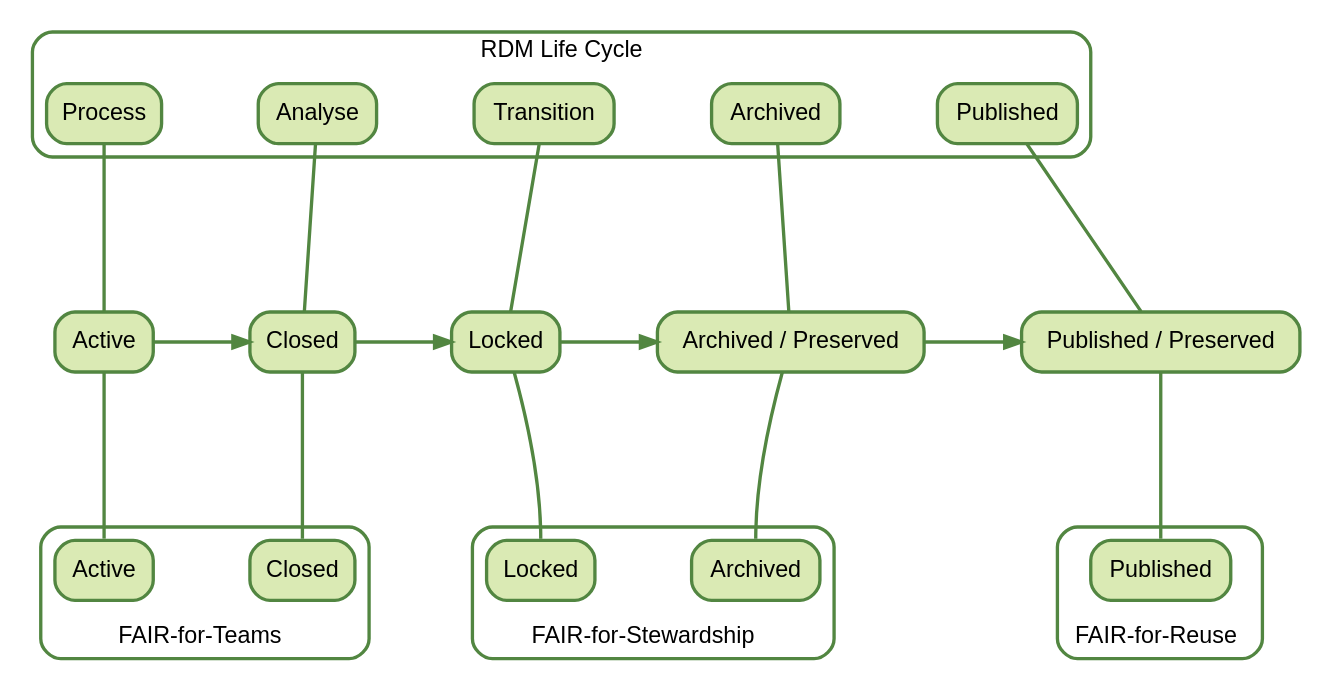
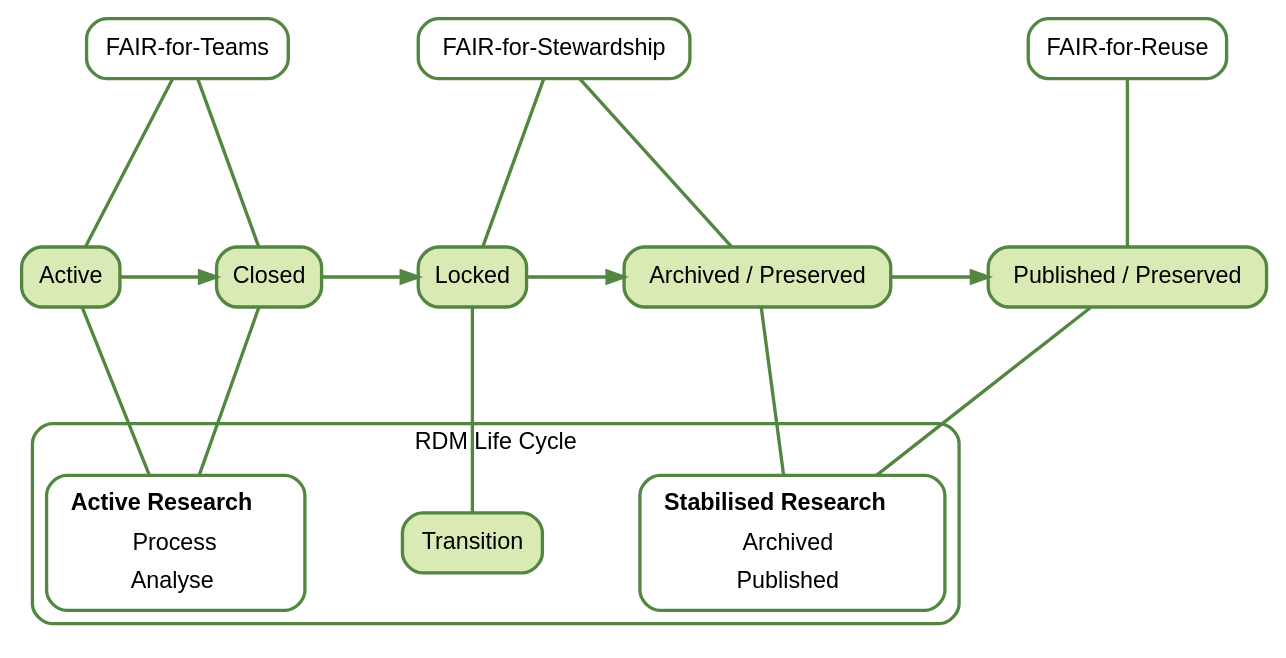
The diagram in book/data-lifecycle.qmd (chStaiger/rdm-tech-foundations), drawn with Graphviz before and after one commit. The commit also changed other lines of this file, not shown here.

Commit message:
improve fig 4.1

````diff
--- a/book/data-lifecycle.qmd
+++ b/book/data-lifecycle.qmd
@@ -96,7 +94,7 @@
         fontsize=14,
         ranksep=1.4,
         nodesep=0.8
-    ];
+    ]
 
     node [
         shape=box,
@@ -107,7 +105,7 @@
         fillcolor="#DAEAB4",
         penwidth=2,
         sketch=1
-    ];
+    ]
 
     edge [
         fontname="Helvetica",
@@ -115,130 +113,104 @@
         color="#528641",
         fontcolor="#528641",
         penwidth=2
-    ];
+    ]
 
     /* -------------------------
-       RDM LIFE CYCLE (TOP ROW)
+       TOP ROW — FAIR SCOPE NODES
        ------------------------- */
-    subgraph cluster_rdm {
-        label="RDM Life Cycle";
-        fontsize=14;
-        style="rounded";
-        color="#528641";
-        penwidth=2;
 
-        R1 [label="Process"];
-        R2 [label="Analyse"];
-        R3 [label="Transition"];
-        R4 [label="Archived"];
-        R5 [label="Published"];
+    FT [label="FAIR‑for‑Teams", fillcolor="white"];
+    FS [label="FAIR‑for‑Stewardship", fillcolor="white"];
+    FR [label="FAIR‑for‑Reuse", fillcolor="white"];
 
-        { rank = same; R1; R2; R3; R4; R5; }
-    }
+    { rank = min; FT; FS; FR }
 
     /* -------------------------
-       DATA STATES (MIDDLE ROW)
+       MIDDLE ROW — DATA STATES
        ------------------------- */
-    A [label="Active"];
-    C [label="Closed"];
-    L [label="Locked"];
-    R [label="Archived / Preserved"];
-    P [label="Published / Preserved"];
 
-    { rank = same; A; C; L; R; P; }
+    A [label="Active"]
+    C [label="Closed"]
+    L [label="Locked"]
+    R [label="Archived / Preserved"]
+    P [label="Published / Preserved"]
+
+    { rank = same; A; C; L; R; P }
 
     /* Flow of data states */
-    A -> C;
-    C -> L;
-    L -> R;
-    R -> P;
+    A -> C
+    C -> L
+    L -> R
+    R -> P
 
     /* -------------------------
-       FAIR SCOPES (BOTTOM ROW)
+       BOTTOM ROW — RDM LIFE CYCLE
        ------------------------- */
 
-    /* FAIR-for-Teams */
-    subgraph cluster_fair1 {
-        fontsize=14;
-        style="rounded";
-        color="#528641";
-        penwidth=2;
+subgraph cluster_rdm {
+    label="RDM Life Cycle"
+    fontsize=14
+    style="rounded"
+    color="#528641"
+    penwidth=2
 
+    /* Composite node for Active Research */
+    R_active [
+        shape=box,
+        style="rounded,filled",
+        fillcolor="white",
+        color="#528641",
+        penwidth=2,
         label=<
-            <TABLE BORDER="0" CELLBORDER="0" CELLSPACING="0">
-                <TR><TD>FAIR‑for‑Teams</TD></TR>
+            <TABLE BORDER="0" CELLBORDER="0" CELLSPACING="4">
+                <TR><TD><B>Active Research</B></TD></TR>
+                <TR><TD>Process</TD></TR>
+                <TR><TD>Analyse</TD></TR>
             </TABLE>
-        >;
-        labelloc="b";
-        labeljust="c";
+        >
+    ]
 
-        FT1 [label="Active"];
-        FT2 [label="Closed"];
+    /* Composite node for Stabilised Research */
+    R_stabilised [
+        shape=box,
+        style="rounded,filled",
+        fillcolor="white",
+        color="#528641",
+        penwidth=2,
+        label=<
+            <TABLE BORDER="0" CELLBORDER="0" CELLSPACING="4">
+                <TR><TD><B>Stabilised Research</B></TD></TR>
+                <TR><TD>Archived</TD></TR>
+                <TR><TD>Published</TD></TR>
+            </TABLE>
+        >
+    ]
 
-        { rank = same; FT1; FT2; }
-    }
+    /* Transition stays a normal node */
+    R3 [label="Transition"]
+}
 
-    /* FAIR-for-Stewardship */
-    subgraph cluster_fair2 {
-        fontsize=14;
-        style="rounded";
-        color="#528641";
-        penwidth=2;
 
-        label=<
-            <TABLE BORDER="0" CELLBORDER="0" CELLSPACING="0">
-                <TR><TD>FAIR‑for‑Stewardship</TD></TR>
-            </TABLE>
-        >;
-        labelloc="b";
-        labeljust="c";
-
-        FS1 [label="Locked"];
-        FS2 [label="Archived"];
-
-        { rank = same; FS1; FS2; }
-    }
-
-    /* FAIR-for-Reuse */
-    subgraph cluster_fair3 {
-        fontsize=14;
-        style="rounded";
-        color="#528641";
-        penwidth=2;
-
-        label=<
-            <TABLE BORDER="0" CELLBORDER="0" CELLSPACING="0">
-                <TR><TD>FAIR‑for‑Reuse</TD></TR>
-            </TABLE>
-        >;
-        labelloc="b";
-        labeljust="c";
-
-        FR1 [label="Published"];
-
-        { rank = same; FR1; }
-    }
-
+    
     /* -------------------------
-       ALIGNMENT LINES (no arrows)
-       Using ports to avoid crossing labels
+       ALIGNMENT LINES
        ------------------------- */
 
     /* RDM → Data States */
-    R1 -> A [dir=none];
-    R2 -> C [dir=none];
-    R3 -> L [dir=none];
-    R4 -> R [dir=none];
-    R5 -> P [dir=none];
+    A -> R_active [dir=none]
+    C -> R_active [dir=none]
+    L -> R3 [dir=none]
+    R -> R_stabilised [dir=none]
+    P -> R_stabilised [dir=none]
 
-    /* Data States → FAIR Scopes (top ports) */
-    A -> FT1:n [dir=none];
-    C -> FT2:n [dir=none];
+    /* Data States → FAIR Scopes */
+    A -> FT [dir=none]
+    C -> FT [dir=none]
 
-    L -> FS1:n [dir=none];
-    R -> FS2:n [dir=none];
+    L -> FS [dir=none]
+    R -> FS [dir=none]
 
-    P -> FR1:n [dir=none];
+    P -> FR [dir=none]
 }
 
 ```
````
